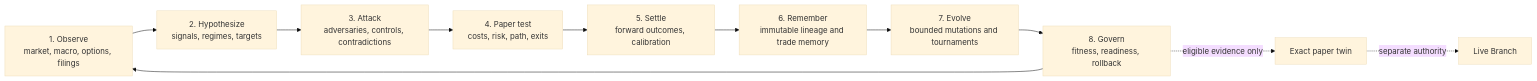
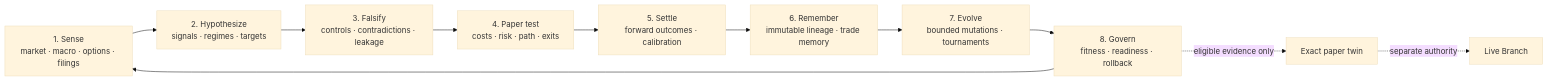
The first of 2 diagrams in README.md (ObtuseAI/dopey), drawn with Mermaid (base theme) before and after one commit. The commit also changed other lines of this file and 2 other files, not shown here.

````diff
--- a/README.md
+++ b/README.md
@@ -100,13 +71,13 @@
 ```mermaid
 flowchart LR
-    O["1. Observe<br/>market, macro, options, filings"] --> H["2. Hypothesize<br/>signals, regimes, targets"]
-    H --> A["3. Attack<br/>adversaries, controls, contradictions"]
-    A --> P["4. Paper test<br/>costs, risk, path, exits"]
-    P --> S["5. Settle<br/>forward outcomes, calibration"]
-    S --> M["6. Remember<br/>immutable lineage and trade memory"]
-    M --> E["7. Evolve<br/>bounded mutations and tournaments"]
-    E --> G["8. Govern<br/>fitness, readiness, rollback"]
+    O["1. Sense<br/>market · macro · options · filings"] --> H["2. Hypothesize<br/>signals · regimes · targets"]
+    H --> A["3. Falsify<br/>controls · contradictions · leakage"]
+    A --> P["4. Paper test<br/>costs · risk · path · exits"]
+    P --> S["5. Settle<br/>forward outcomes · calibration"]
+    S --> M["6. Remember<br/>immutable lineage · trade memory"]
+    M --> E["7. Evolve<br/>bounded mutations · tournaments"]
+    E --> G["8. Govern<br/>fitness · readiness · rollback"]
     G --> O
     G -.->|"eligible evidence only"| T["Exact paper twin"]
     T -.->|"separate authority"| L["Live Branch"]
 ```
````
